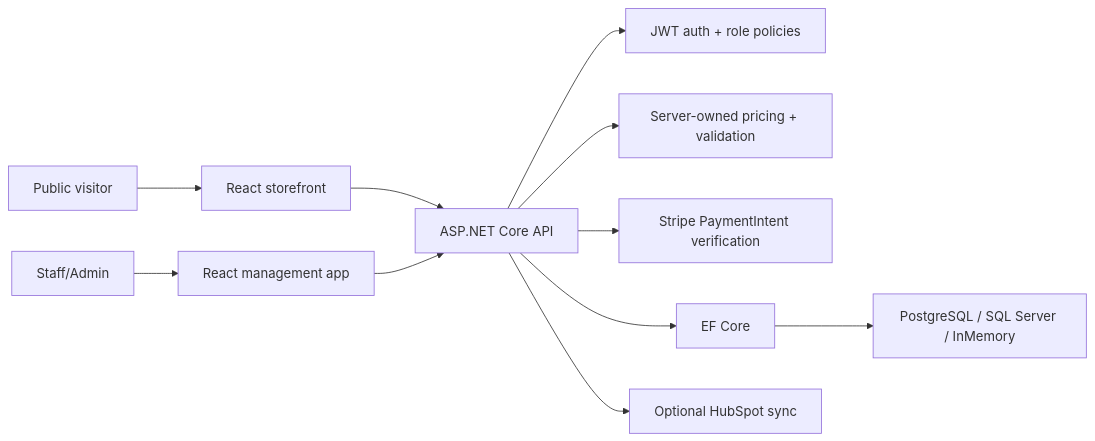
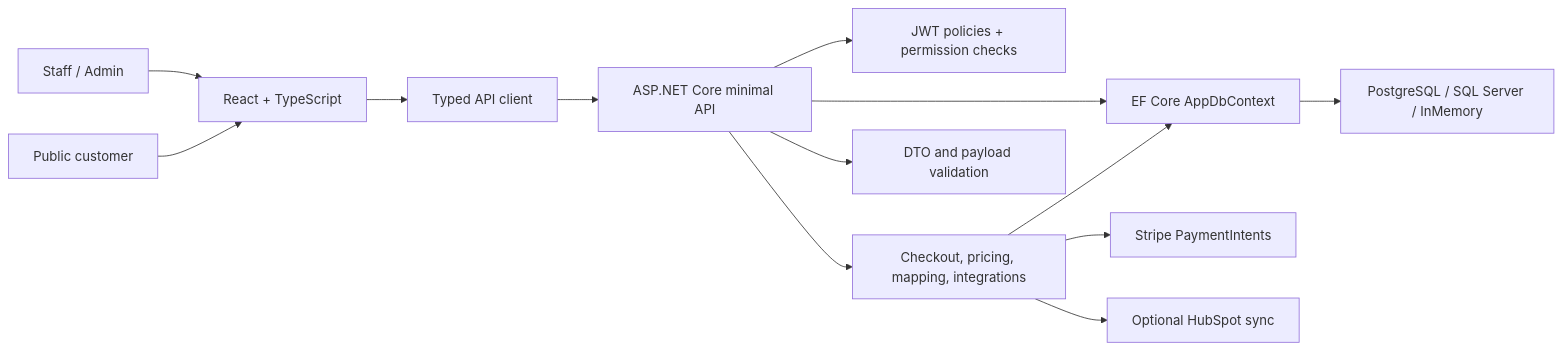
The diagram in README.md (pancakebaker/dotnet-react-ecommerce-demo), drawn with Mermaid before and after one commit. The commit also changed other lines of this file and 3 other files, not shown here.

````diff
--- a/README.md
+++ b/README.md
@@ -69,13 +87,15 @@
 ```mermaid
 flowchart LR
-  Visitor["Public visitor"] --> Storefront["React storefront"]
-  Staff["Staff/Admin"] --> BackOffice["React management app"]
-  Storefront --> Api["ASP.NET Core API"]
-  BackOffice --> Api
-  Api --> Auth["JWT auth + role policies"]
-  Api --> Pricing["Server-owned pricing + validation"]
-  Api --> Stripe["Stripe PaymentIntent verification"]
-  Api --> Ef["EF Core"]
+  Visitor["Public customer"] --> React["React + TypeScript"]
+  Staff["Staff / Admin"] --> React
+  React --> Client["Typed API client"]
+  Client --> Api["ASP.NET Core minimal API"]
+  Api --> Auth["JWT policies + permission checks"]
+  Api --> Services["Checkout, pricing, mapping, integrations"]
+  Api --> Validation["DTO and payload validation"]
+  Services --> Ef["EF Core AppDbContext"]
+  Api --> Ef
   Ef --> Db["PostgreSQL / SQL Server / InMemory"]
-  Api --> HubSpot["Optional HubSpot sync"]
+  Services --> Stripe["Stripe PaymentIntents"]
+  Services --> HubSpot["Optional HubSpot sync"]
 ```
````
